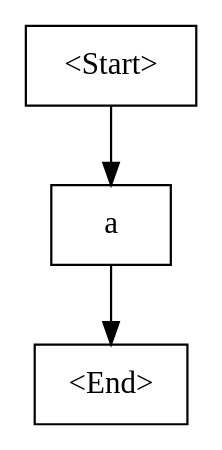
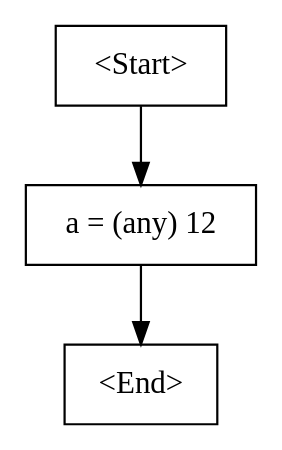
Before and after one commit to jayshiai/Cyclone: the diagram in cfg.dot, drawn with Graphviz. The commit also changed 10 other files, not shown here.

```diff
--- a/cfg.dot
+++ b/cfg.dot
@@ -1,8 +1,8 @@
 digraph G {
     N0 [label = "<Start>" shape = box]
-    N1 [label = "a
+    N1 [label = "a = (any) 12
 " shape = box]
     N2 [label = "<End>" shape = box]
     N0 -> N1 [label = ""]
     N1 -> N2 [label = ""]
 }
```
